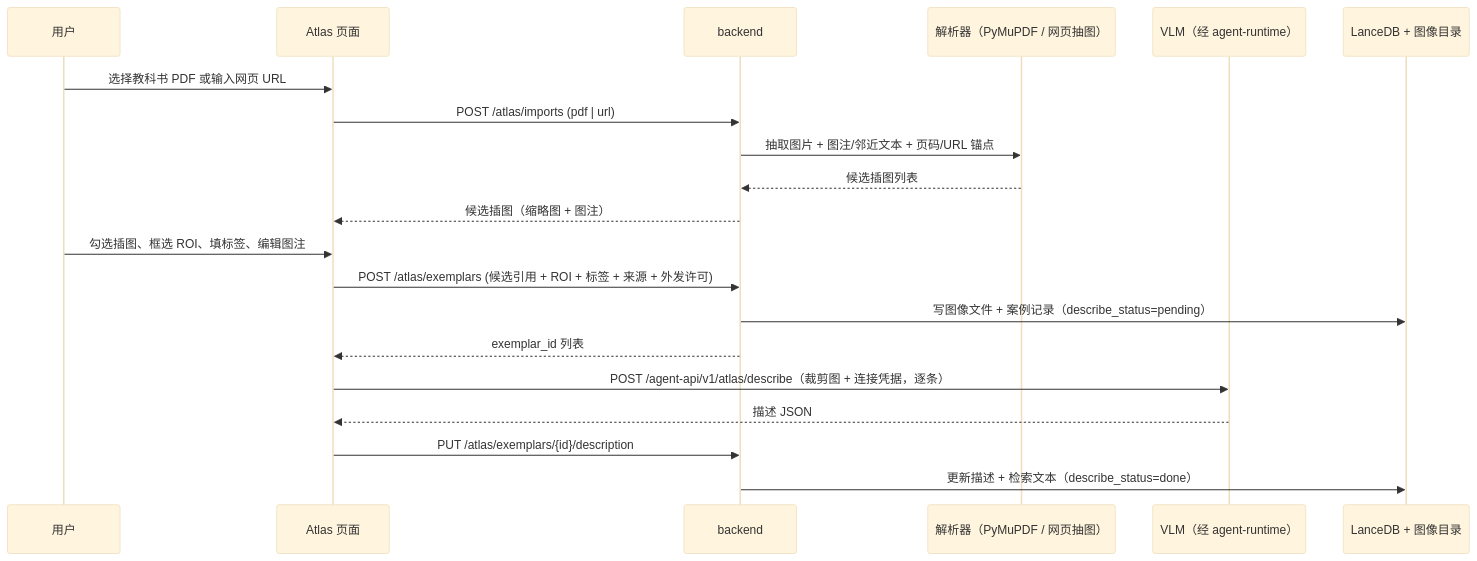
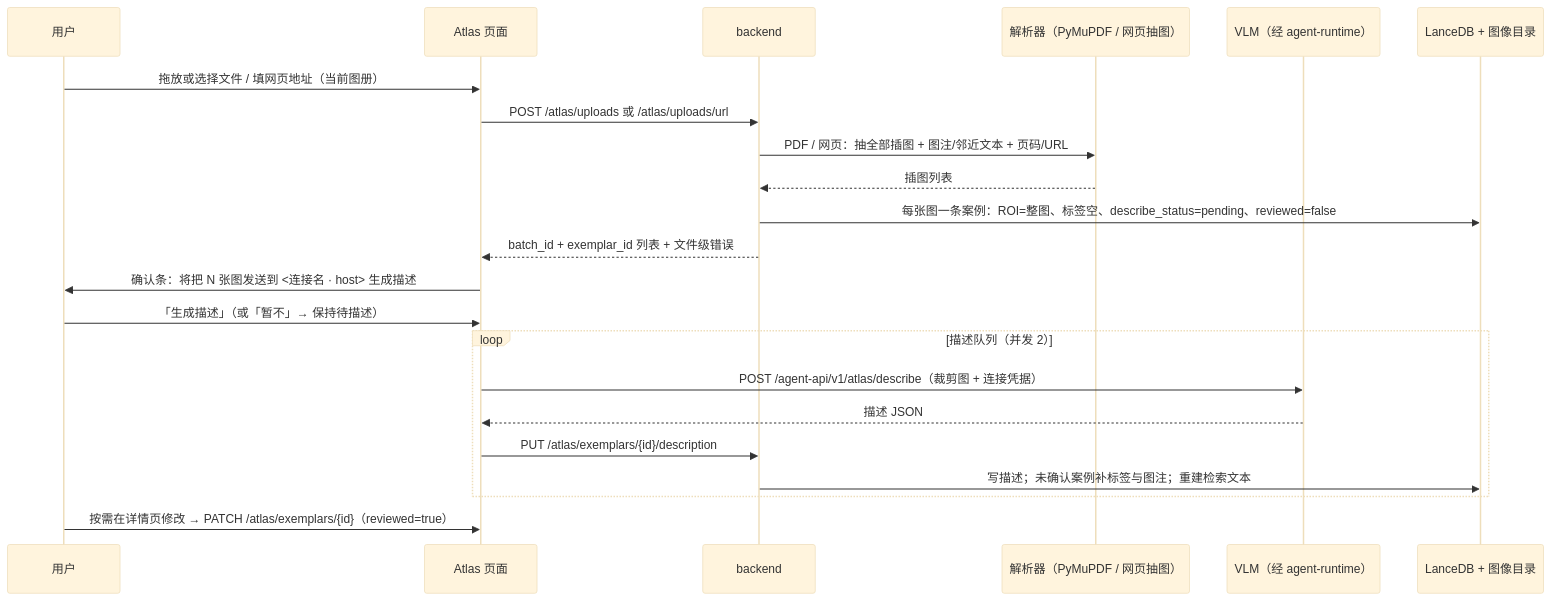
The first of 3 diagrams in docs/sdd/feats/03-atlas/README.md (zhentai-sn/open-glaux), drawn with Mermaid (base theme) before and after one commit. The commit also changed other lines of this file and 29 other files, not shown here.

First line of the commit message:
feat(atlas): 图谱改为上传即入库，生成描述须用户确认

````diff
--- a/docs/sdd/feats/03-atlas/README.md
+++ b/docs/sdd/feats/03-atlas/README.md
@@ -125,23 +138,25 @@
 ```mermaid
 sequenceDiagram
     participant U as 用户
     participant F as Atlas 页面
     participant B as backend
     participant P as 解析器（PyMuPDF / 网页抽图）
     participant V as VLM（经 agent-runtime）
     participant S as LanceDB + 图像目录
 
-    U->>F: 选择教科书 PDF 或输入网页 URL
-    F->>B: POST /atlas/imports (pdf | url)
-    B->>P: 抽取图片 + 图注/邻近文本 + 页码/URL 锚点
-    P-->>B: 候选插图列表
-    B-->>F: 候选插图（缩略图 + 图注）
-    U->>F: 勾选插图、框选 ROI、填标签、编辑图注
-    F->>B: POST /atlas/exemplars (候选引用 + ROI + 标签 + 来源 + 外发许可)
-    B->>S: 写图像文件 + 案例记录（describe_status=pending）
-    B-->>F: exemplar_id 列表
-    F->>V: POST /agent-api/v1/atlas/describe（裁剪图 + 连接凭据，逐条）
-    V-->>F: 描述 JSON
-    F->>B: PUT /atlas/exemplars/{id}/description
-    B->>S: 更新描述 + 检索文本（describe_status=done）
+    U->>F: 拖放或选择文件 / 填网页地址（当前图册）
+    F->>B: POST /atlas/uploads 或 /atlas/uploads/url
+    B->>P: PDF / 网页：抽全部插图 + 图注/邻近文本 + 页码/URL
+    P-->>B: 插图列表
+    B->>S: 每张图一条案例：ROI=整图、标签空、describe_status=pending、reviewed=false
+    B-->>F: batch_id + exemplar_id 列表 + 文件级错误
+    F->>U: 确认条：将把 N 张图发送到 <连接名 · host> 生成描述
+    U->>F: 「生成描述」（或「暂不」→ 保持待描述）
+    loop 描述队列（并发 2）
+        F->>V: POST /agent-api/v1/atlas/describe（裁剪图 + 连接凭据）
+        V-->>F: 描述 JSON
+        F->>B: PUT /atlas/exemplars/{id}/description
+        B->>S: 写描述；未确认案例补标签与图注；重建检索文本
+    end
+    U->>F: 按需在详情页修改 → PATCH /atlas/exemplars/{id}（reviewed=true）
 ```
````
